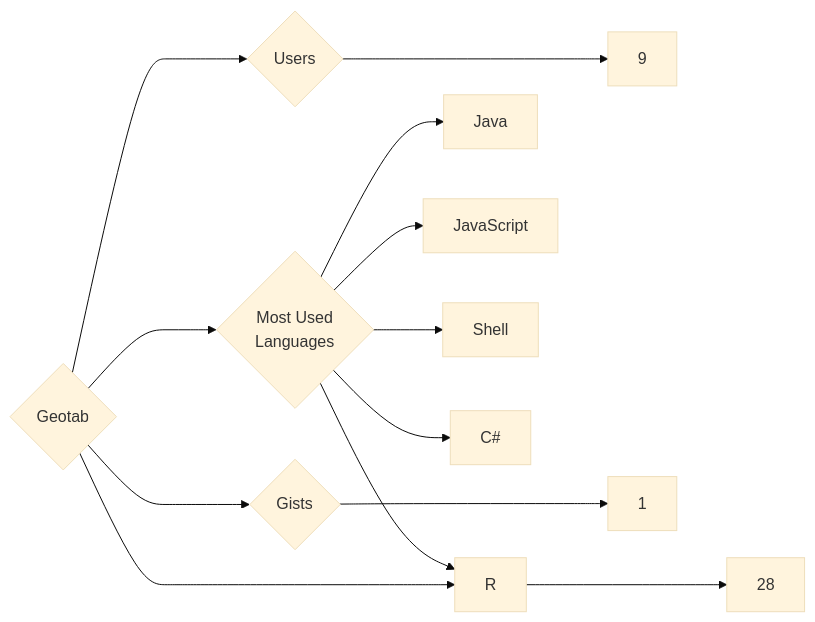
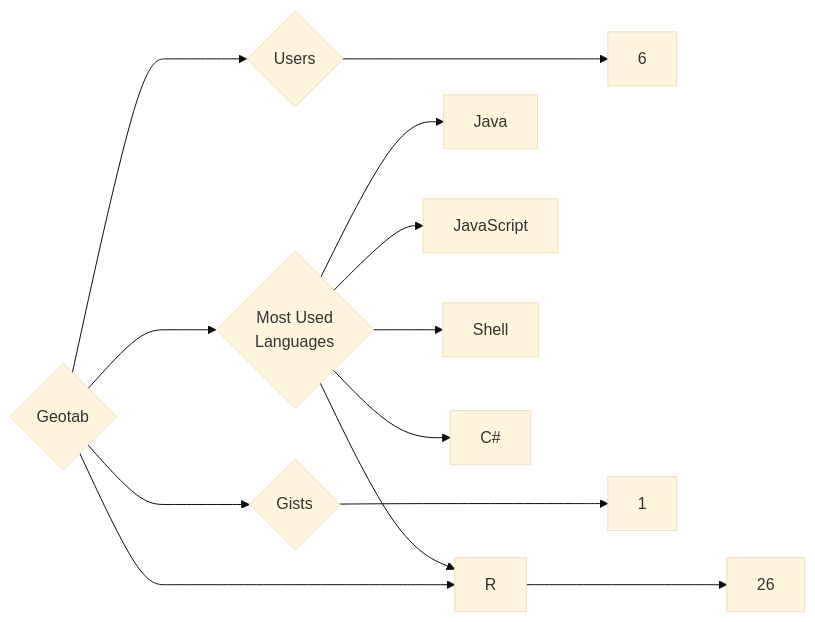
The diagram in targets/Geotab/README.md (trickest/insiders), drawn with Mermaid (base theme) before and after one commit. The commit also changed 865 other files, not shown here.

````diff
--- a/targets/Geotab/README.md
+++ b/targets/Geotab/README.md
@@ -3,13 +3,13 @@
 ```mermaid
 graph LR
 COMPANY_NAME{Geotab}
-COMPANY_NAME ---> U{Users} ---> UN[9]
-COMPANY_NAME ---> R{Repositories} ---> RN[28]
+COMPANY_NAME ---> U{Users} ---> UN[6]
+COMPANY_NAME ---> R{Repositories} ---> RN[26]
 COMPANY_NAME ---> G{Gists} ---> GN[1]
 COMPANY_NAME ---> ML{Most Used<br>Languages}
 ML --> Java[Java]
 ML --> JavaScript[JavaScript]
 ML --> Shell[Shell]
 ML --> R[R]
 ML --> C#[C#]
 ```
````
